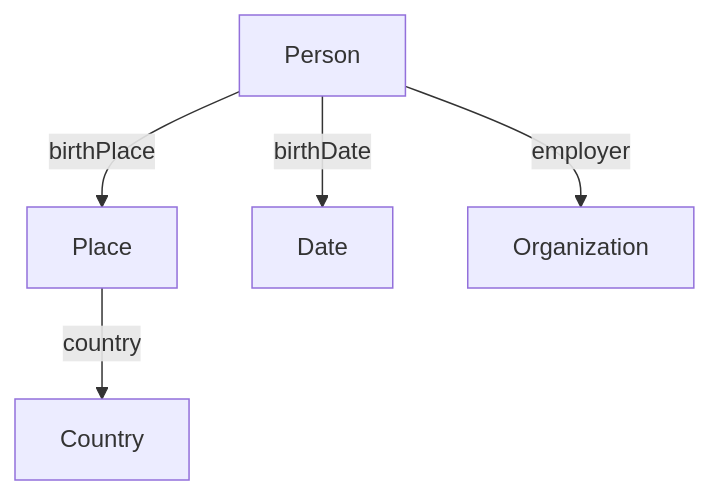
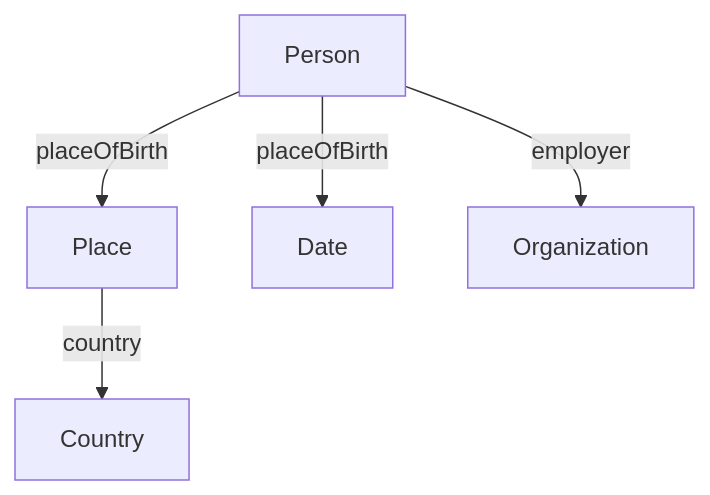
One commit to angelip2303/tfg changed the fourth of 13 diagrams in slides/slides.md. Above: the diagram before and after it, drawn with Mermaid. The commit also changed other lines of this file and 9 other files, not shown here.

````diff
--- a/slides/slides.md
+++ b/slides/slides.md
@@ -228,7 +236,7 @@
 ```mermaid
 graph TD
-    Person -->|birthPlace| Place
-    Person -->|birthDate| Date
+    Person -->|placeOfBirth| Place
+    Person -->|placeOfBirth| Date
     Person -->|employer| Organization
     Place -->|country| Country
 ```
````
